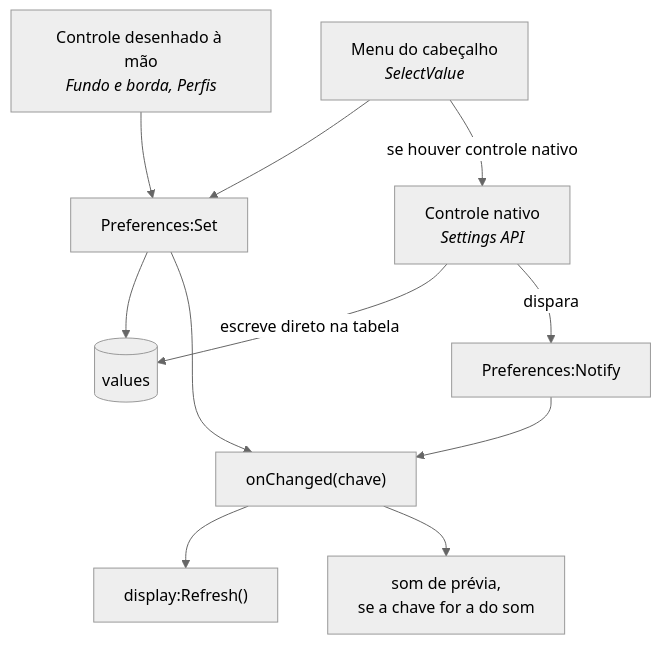
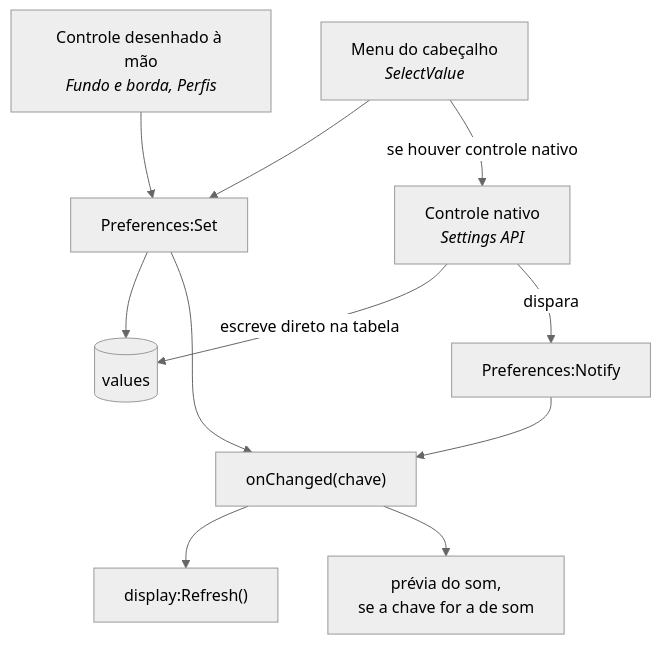
The third of 4 diagrams in docs/fluxo.md (lucascodev/aura-questor), drawn with Mermaid (neutral theme) before and after one commit. The commit also changed other lines of this file and 6 other files, not shown here.

````diff
--- a/docs/fluxo.md
+++ b/docs/fluxo.md
@@ -88,16 +88,16 @@
 ```mermaid
 flowchart TD
     Nativo["Controle nativo<br/><i>Settings API</i>"] -->|escreve direto na tabela| Tabela[(values)]
     Nativo -->|dispara| Notify["Preferences:Notify"]
 
     Mao["Controle desenhado à mão<br/><i>Fundo e borda, Perfis</i>"] --> Set["Preferences:Set"]
     Externo["Menu do cabeçalho<br/><i>SelectValue</i>"] --> Set
     Externo -->|se houver controle nativo| Nativo
 
     Set --> Tabela
     Set --> Callback
     Notify --> Callback["onChanged(chave)"]
 
     Callback --> Refresh["display:Refresh()"]
-    Callback --> Som["som de prévia,<br/>se a chave for a do som"]
+    Callback --> Som["prévia do som,<br/>se a chave for a de som"]
 ```
````
